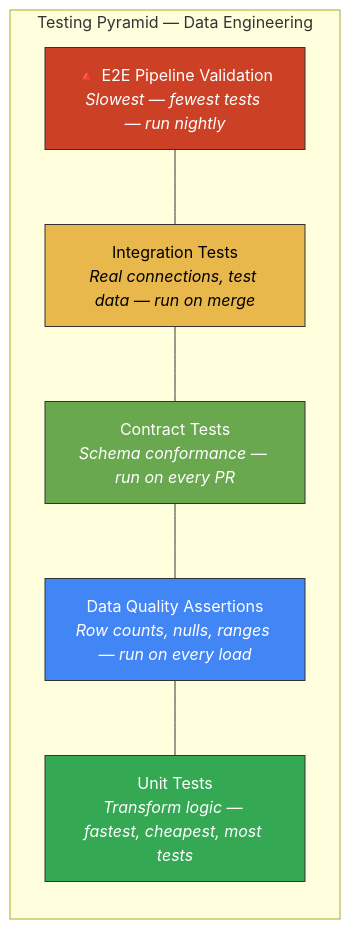
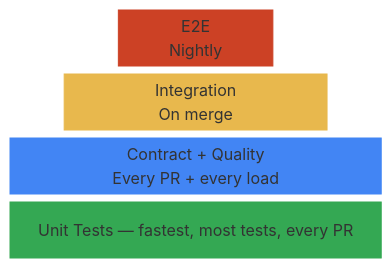
Before and after one commit to alp78/elysium: the diagram in content/14-Data-Architecture/Pipeline-Patterns/data-pipeline-testing-strategy.md, drawn with Mermaid.

Commit message:
Sync Vault

````diff
--- a/content/14-Data-Architecture/Pipeline-Patterns/data-pipeline-testing-strategy.md
+++ b/content/14-Data-Architecture/Pipeline-Patterns/data-pipeline-testing-strategy.md
@@ -43,19 +43,13 @@
 ```mermaid
-graph TB
-    subgraph Pyramid["Testing Pyramid — Data Engineering"]
-        direction TB
-        E2E["🔺 E2E Pipeline Validation<br><i>Slowest — fewest tests — run nightly</i>"]
-        INT["Integration Tests<br><i>Real connections, test data — run on merge</i>"]
-        CONTRACT["Contract Tests<br><i>Schema conformance — run on every PR</i>"]
-        QUALITY["Data Quality Assertions<br><i>Row counts, nulls, ranges — run on every load</i>"]
-        UNIT["Unit Tests<br><i>Transform logic — fastest, cheapest, most tests</i>"]
-    end
+block-beta
+    columns 7
+    space:2 E2E["E2E\nNightly"]:3 space:2
+    space:1 INT["Integration\nOn merge"]:5 space:1
+    CONTRACT["Contract + Quality\nEvery PR + every load"]:7
+    UNIT["Unit Tests — fastest, most tests, every PR"]:7
 
-    E2E --- INT --- CONTRACT --- QUALITY --- UNIT
-
-    style E2E fill:#cc4125,stroke:#333,color:#fff
-    style INT fill:#e8b84d,stroke:#333,color:#000
-    style CONTRACT fill:#6aa84f,stroke:#333,color:#fff
-    style QUALITY fill:#4285f4,stroke:#333,color:#fff
-    style UNIT fill:#34a853,stroke:#333,color:#fff
+    style E2E fill:#cc4125,stroke:#cc4125,color:#fff
+    style INT fill:#e8b84d,stroke:#e8b84d,color:#1a1a2e
+    style CONTRACT fill:#4285f4,stroke:#4285f4,color:#fff
+    style UNIT fill:#34a853,stroke:#34a853,color:#fff
 ```
````
